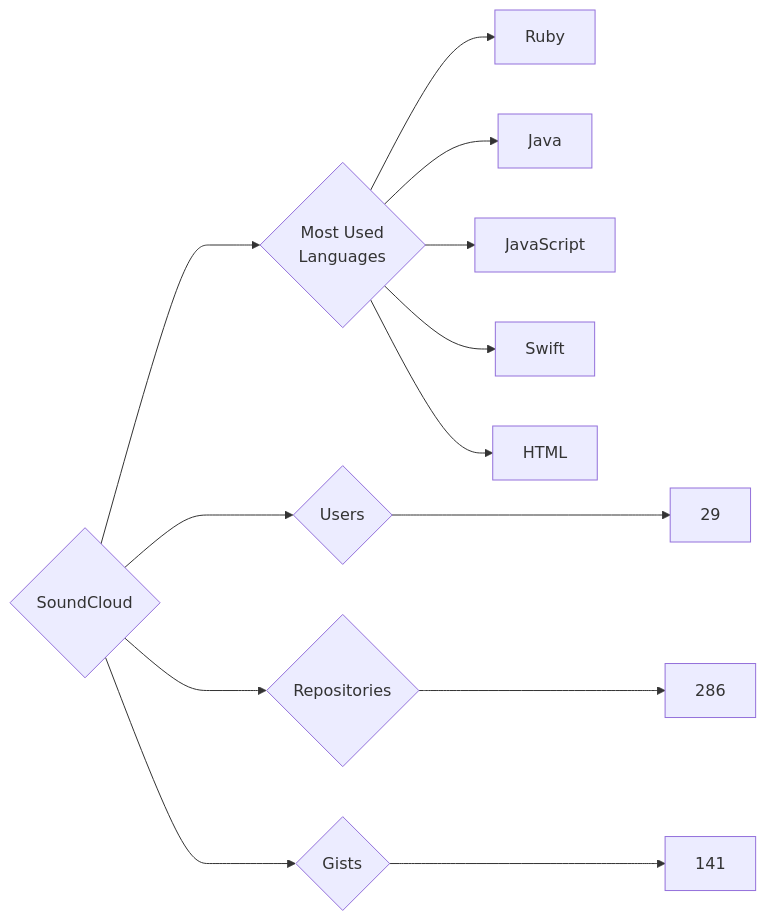
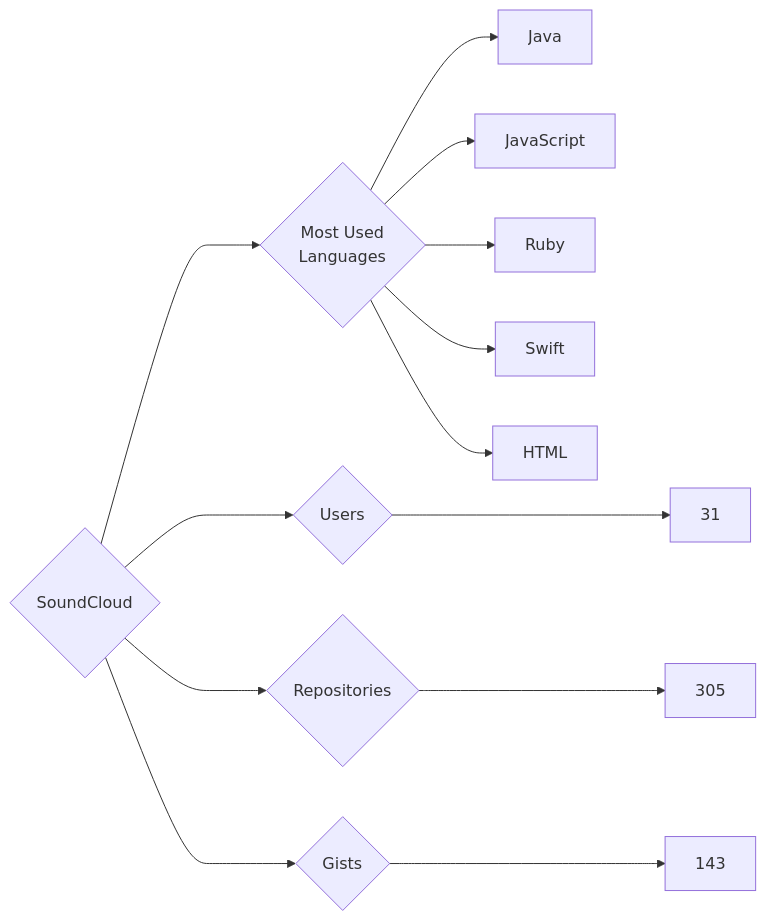
The diagram in targets/SoundCloud/README.md (trickest/insiders), drawn with Mermaid before and after one commit. The commit also changed 898 other files, not shown here.

````diff
--- a/targets/SoundCloud/README.md
+++ b/targets/SoundCloud/README.md
@@ -3,13 +3,13 @@
 ```mermaid
 graph LR
 COMPANY_NAME{SoundCloud}
-COMPANY_NAME ---> U{Users} ---> UN[29]
-COMPANY_NAME ---> R{Repositories} ---> RN[286]
-COMPANY_NAME ---> G{Gists} ---> GN[141]
+COMPANY_NAME ---> U{Users} ---> UN[31]
+COMPANY_NAME ---> R{Repositories} ---> RN[305]
+COMPANY_NAME ---> G{Gists} ---> GN[143]
 COMPANY_NAME ---> ML{Most Used<br>Languages}
-ML --> Ruby[Ruby]
 ML --> Java[Java]
 ML --> JavaScript[JavaScript]
+ML --> Ruby[Ruby]
 ML --> Swift[Swift]
 ML --> HTML[HTML]
 ```
````
